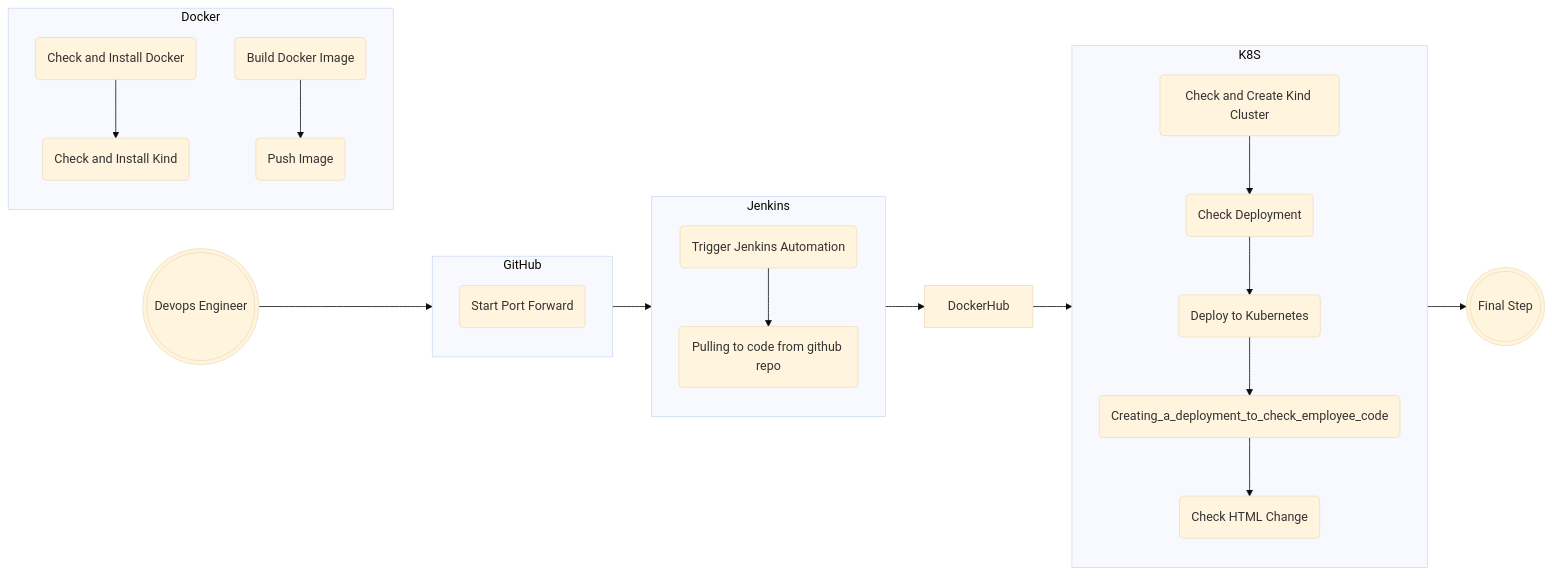
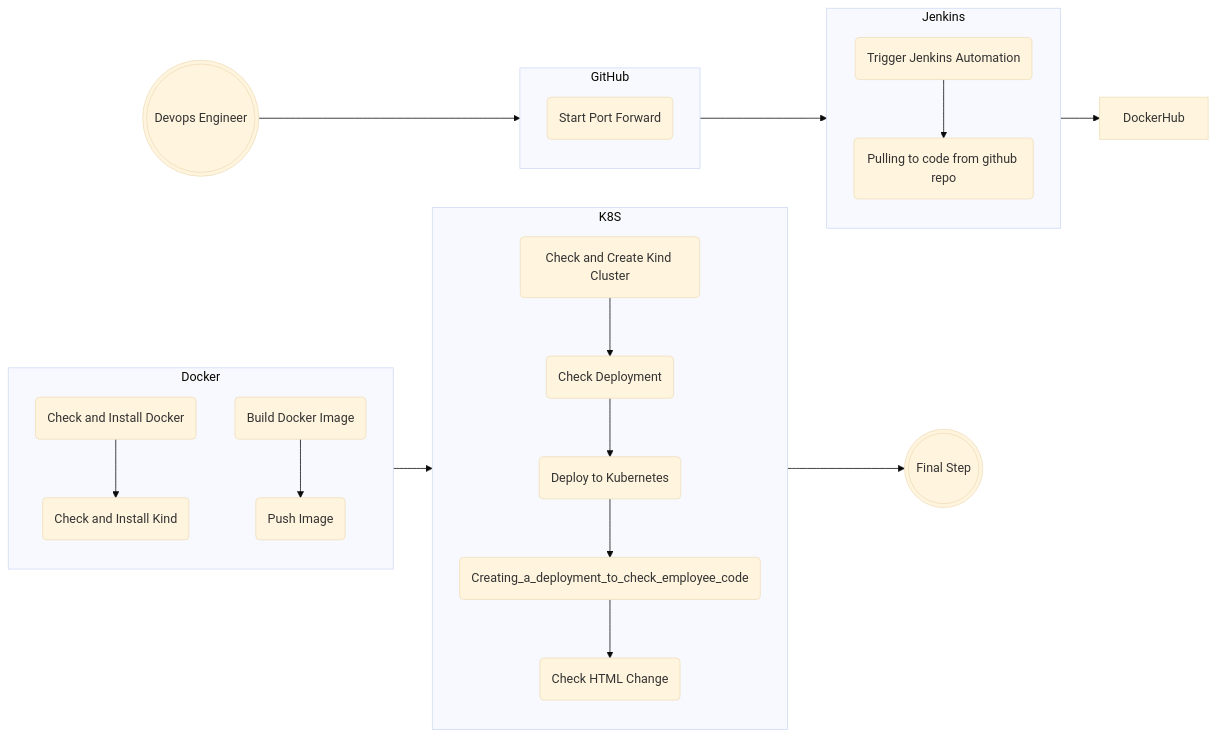
One commit to IftachZilcaPaz/final_proj_git_jenkins changed the diagram in README.md. Above: the diagram before and after it, drawn with Mermaid (base theme).

````diff
--- a/README.md
+++ b/README.md
@@ -43,36 +43,36 @@
 ```mermaid
 flowchart LR
     subgraph GitHub
         direction TB
         A(Checkout to specific branch)
         A(Start Port Forward)
     end
     subgraph Jenkins
         direction TB
         B(Trigger Jenkins Automation) --> C(Pulling to code from github repo)
     end
     subgraph Docker
         direction TB
         D(Check and Install Docker) --> E(Check and Install Kind)
         F(Build Docker Image) --> G(Push Image)
     end
     subgraph K8S
         direction TB
         H(Check and Create Kind Cluster) --> I(Check Deployment)
         I(Check Deployment) --> J(Deploy to Kubernetes)
         J(Deploy to Kubernetes) --> K(Creating_a_deployment_to_check_employee_code)
         K(Creating_a_deployment_to_check_employee_code) --> L(Check HTML Change)
     end
     %% ^ These subgraphs are identical, except for the links to them:
 
     %% Link *to* subgraph1: subgraph1 direction is maintained
     
     id1(((Devops Engineer))) --> GitHub
     GitHub --> Jenkins
     Jenkins --> DockerHub
-    DockerHub --> K8S
+    Docker --> K8S
     K8S --> id2(((Final Step)))
     %% Link *within* subgraph2:
     %% subgraph2 inherits the direction of the top-level graph (LR)
     %% outside ---> top2
 ```
````
